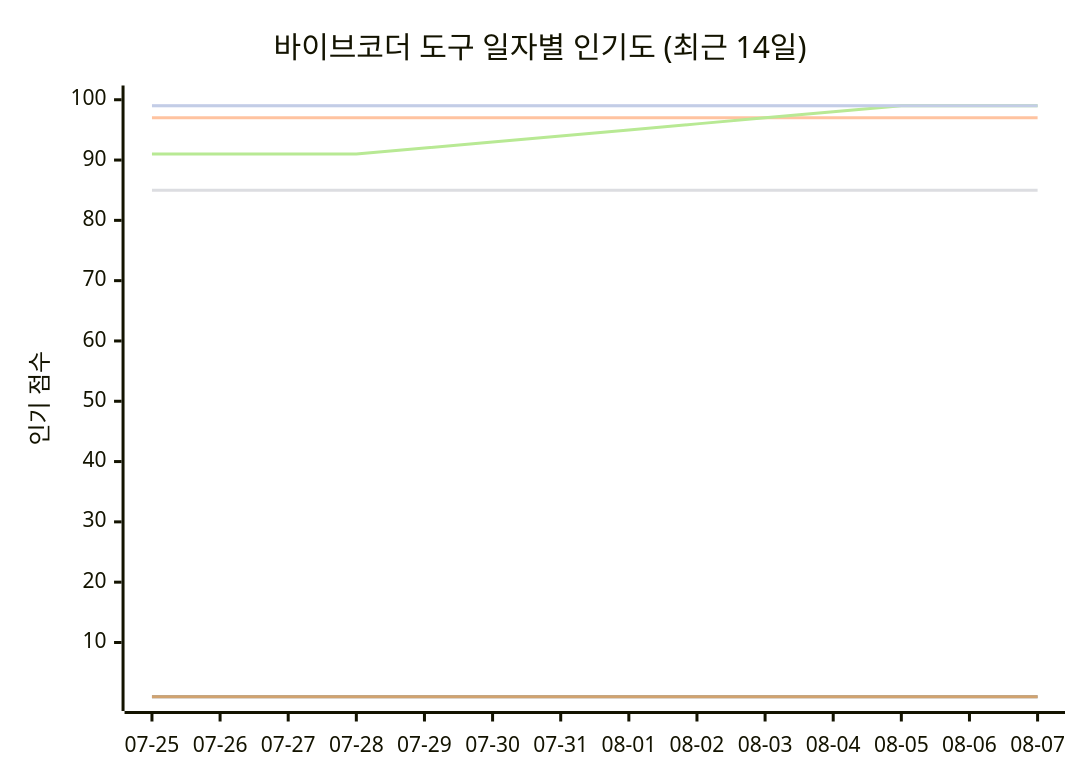
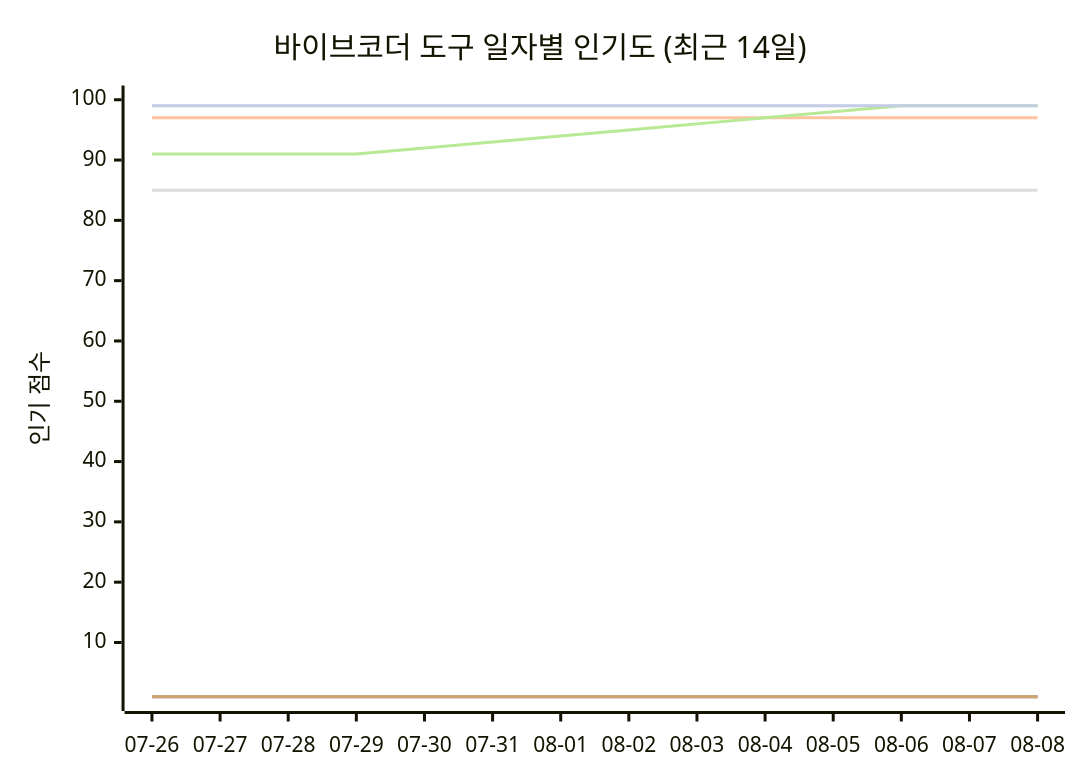
The seventh of 11 diagrams in README_ko.md (tykimos/ai-whatchelin), drawn with Mermaid before and after one commit. The commit also changed other lines of this file and 4 other files, not shown here.

````diff
--- a/README_ko.md
+++ b/README_ko.md
@@ -2161,13 +2173,13 @@
 ```mermaid
 xychart-beta
     title "바이브코더 도구 일자별 인기도 (최근 14일)"
-    x-axis ["07-25", "07-26", "07-27", "07-28", "07-29", "07-30", "07-31", "08-01", "08-02", "08-03", "08-04", "08-05", "08-06", "08-07"]
+    x-axis ["07-26", "07-27", "07-28", "07-29", "07-30", "07-31", "08-01", "08-02", "08-03", "08-04", "08-05", "08-06", "08-07", "08-08"]
     y-axis "인기 점수" 1 --> 100
     line "Claude Code" [99, 99, 99, 99, 99, 99, 99, 99, 99, 99, 99, 99, 99, 99]
     line "GH Copilot" [1, 1, 1, 1, 1, 1, 1, 1, 1, 1, 1, 1, 1, 1]
     line "Cursor" [97, 97, 97, 97, 97, 97, 97, 97, 97, 97, 97, 97, 97, 97]
     line "Windsurf" [85, 85, 85, 85, 85, 85, 85, 85, 85, 85, 85, 85, 85, 85]
     line "Codex CLI" [91, 91, 91, 91, 92, 93, 94, 95, 96, 97, 98, 99, 99, 99]
     line "Gemini CLI" [1, 1, 1, 1, 1, 1, 1, 1, 1, 1, 1, 1, 1, 1]
     line "Antigravity" [99, 99, 99, 99, 99, 99, 99, 99, 99, 99, 99, 99, 99, 99]
 ```
````
